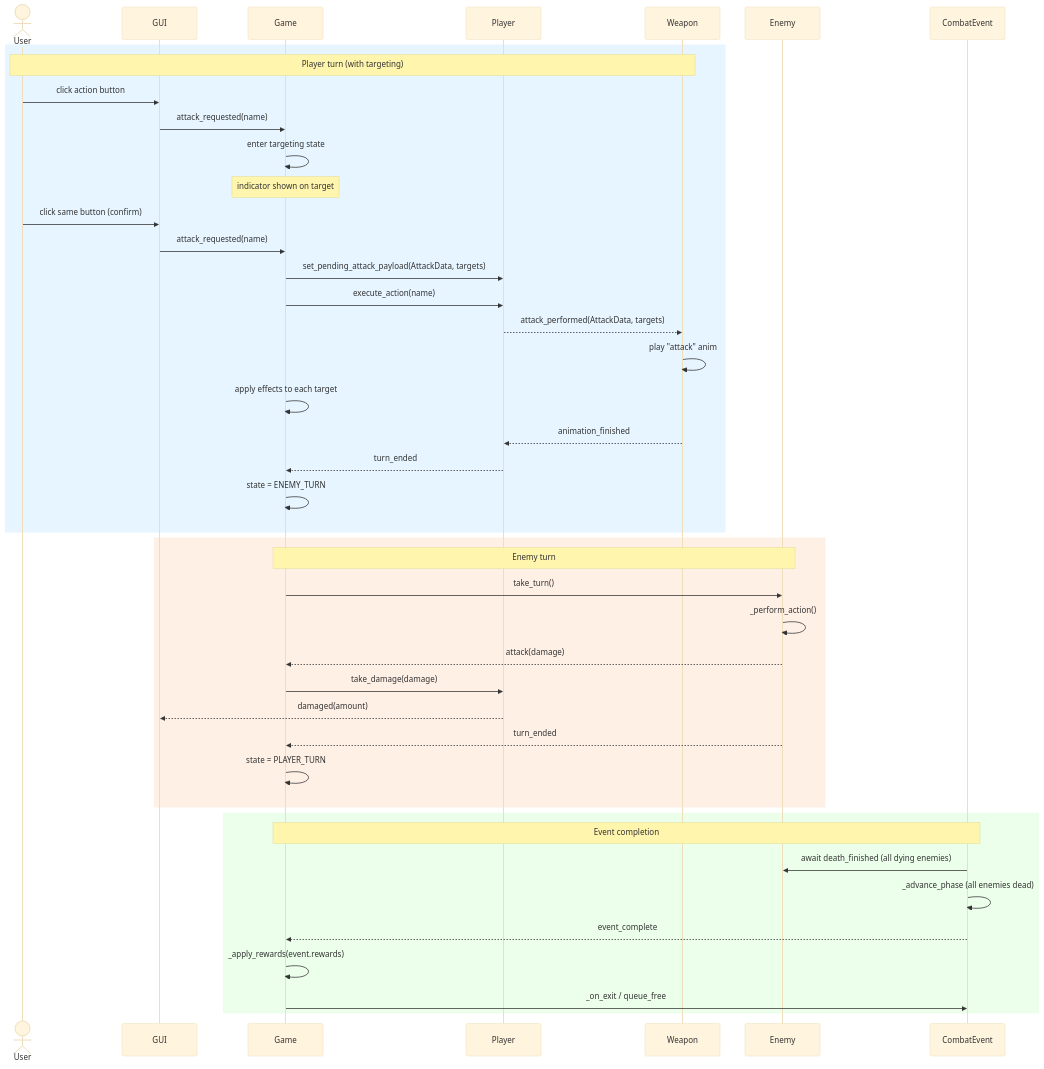
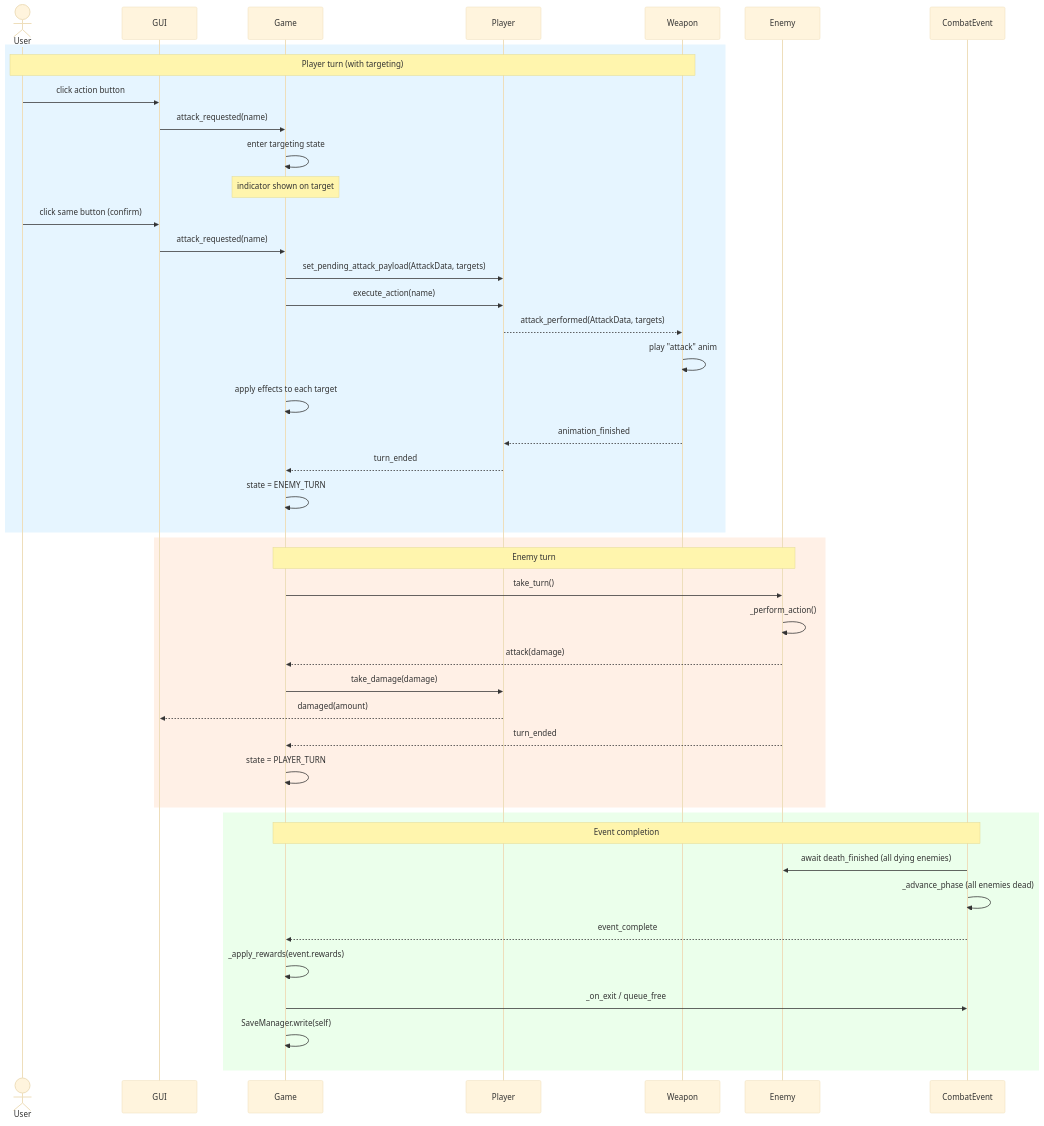
Before and after one commit to mjholder/crawler: the third of 5 diagrams in journal/architecture.md, drawn with Mermaid (base theme). The commit also changed other lines of this file and 16 other files, not shown here.

````diff
--- a/journal/architecture.md
+++ b/journal/architecture.md
@@ -114,48 +118,49 @@
 ```mermaid
 sequenceDiagram
     actor User
     participant GUI
     participant Game
     participant Player
     participant Weapon
     participant Enemy
     participant Event as CombatEvent
 
     rect rgb(230, 245, 255)
     note over User,Weapon: Player turn (with targeting)
     User->>GUI: click action button
     GUI->>Game: attack_requested(name)
     Game->>Game: enter targeting state
     note over Game: indicator shown on target
     User->>GUI: click same button (confirm)
     GUI->>Game: attack_requested(name)
     Game->>Player: set_pending_attack_payload(AttackData, targets)
     Game->>Player: execute_action(name)
     Player-->>Weapon: attack_performed(AttackData, targets)
     Weapon->>Weapon: play "attack" anim
     Game->>Game: apply effects to each target
     Weapon-->>Player: animation_finished
     Player-->>Game: turn_ended
     Game->>Game: state = ENEMY_TURN
     end
 
     rect rgb(255, 240, 230)
     note over Game,Enemy: Enemy turn
     Game->>Enemy: take_turn()
     Enemy->>Enemy: _perform_action()
     Enemy-->>Game: attack(damage)
     Game->>Player: take_damage(damage)
     Player-->>GUI: damaged(amount)
     Enemy-->>Game: turn_ended
     Game->>Game: state = PLAYER_TURN
     end
 
     rect rgb(235, 255, 235)
     note over Event,Game: Event completion
     Event->>Enemy: await death_finished (all dying enemies)
     Event->>Event: _advance_phase (all enemies dead)
     Event-->>Game: event_complete
     Game->>Game: _apply_rewards(event.rewards)
     Game->>Event: _on_exit / queue_free
+    Game->>Game: SaveManager.write(self)
     end
 ```
````
